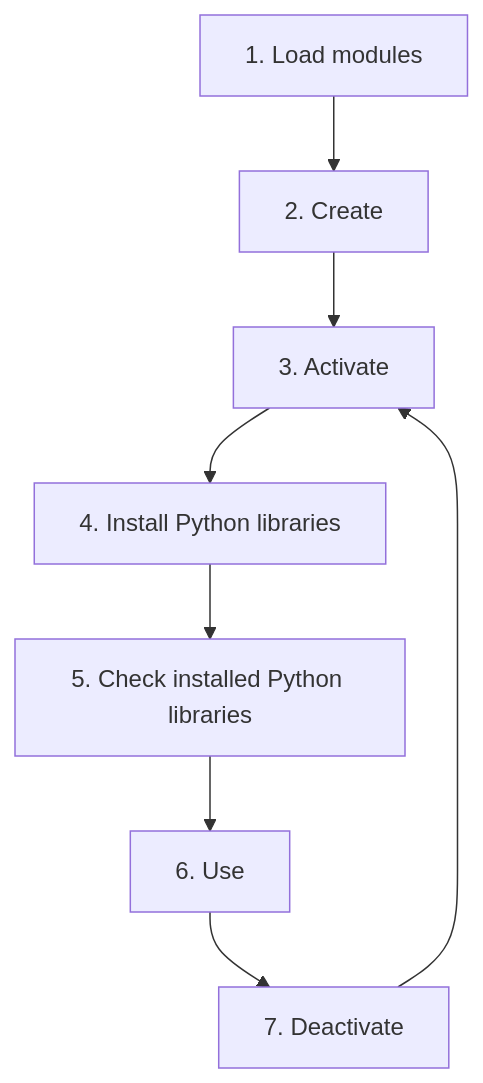
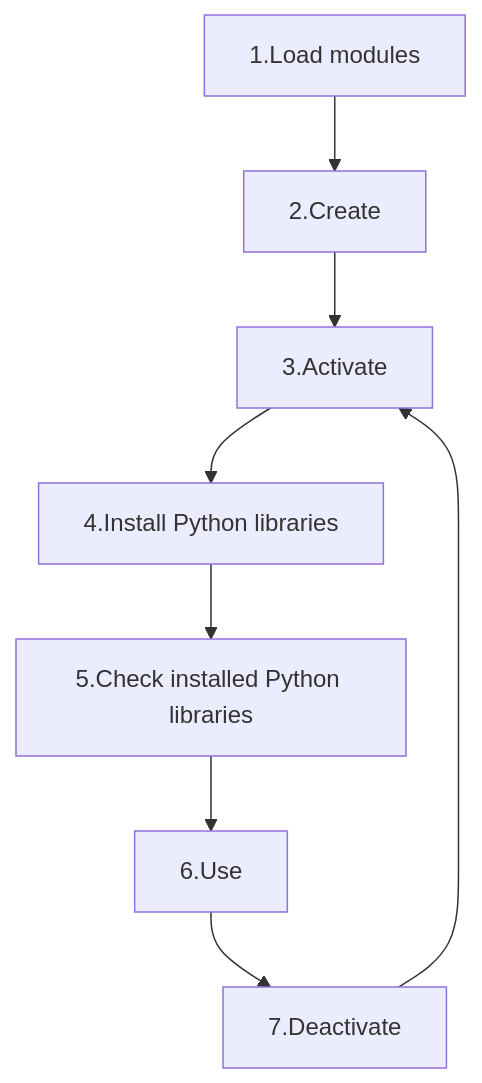
The diagram in docs/python/isolated_workflow_vpyenv.mmd (UPPMAX/R-python-julia-matlab-HPC), drawn with Mermaid before and after one commit. The commit also changed 6 other files, not shown here.

Commit message:
Fix mermaid markdown, progress #68

```diff
--- a/docs/python/isolated_workflow_vpyenv.mmd
+++ b/docs/python/isolated_workflow_vpyenv.mmd
@@ -1,16 +1,16 @@
 flowchart TD
-  load_modules[1. Load modules]
-  create[2. Create]
-  activate[3. Activate]
-  install_libraries[4. Install Python libraries]
-  check[5. Check installed Python libraries]
-  use[6. Use]
-  deactivate[7. Deactivate]
+  load_modules[1.Load modules]
+  create[2.Create]
+  activate[3.Activate]
+  install_libraries[4.Install Python libraries]
+  check[5.Check installed Python libraries]
+  use[6.Use]
+  deactivate[7.Deactivate]
 
   load_modules --> create
   create --> activate
   activate --> install_libraries
   install_libraries --> check
   check --> use
   use --> deactivate
   deactivate --> activate
```
